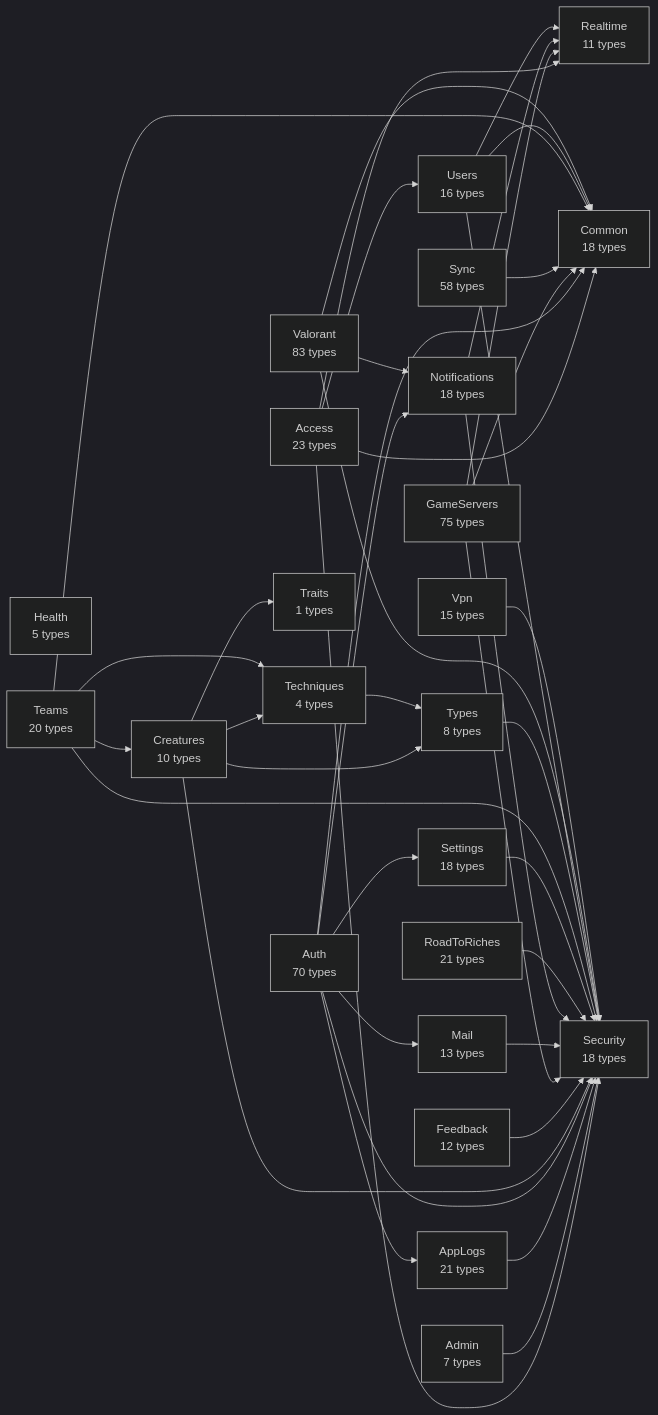
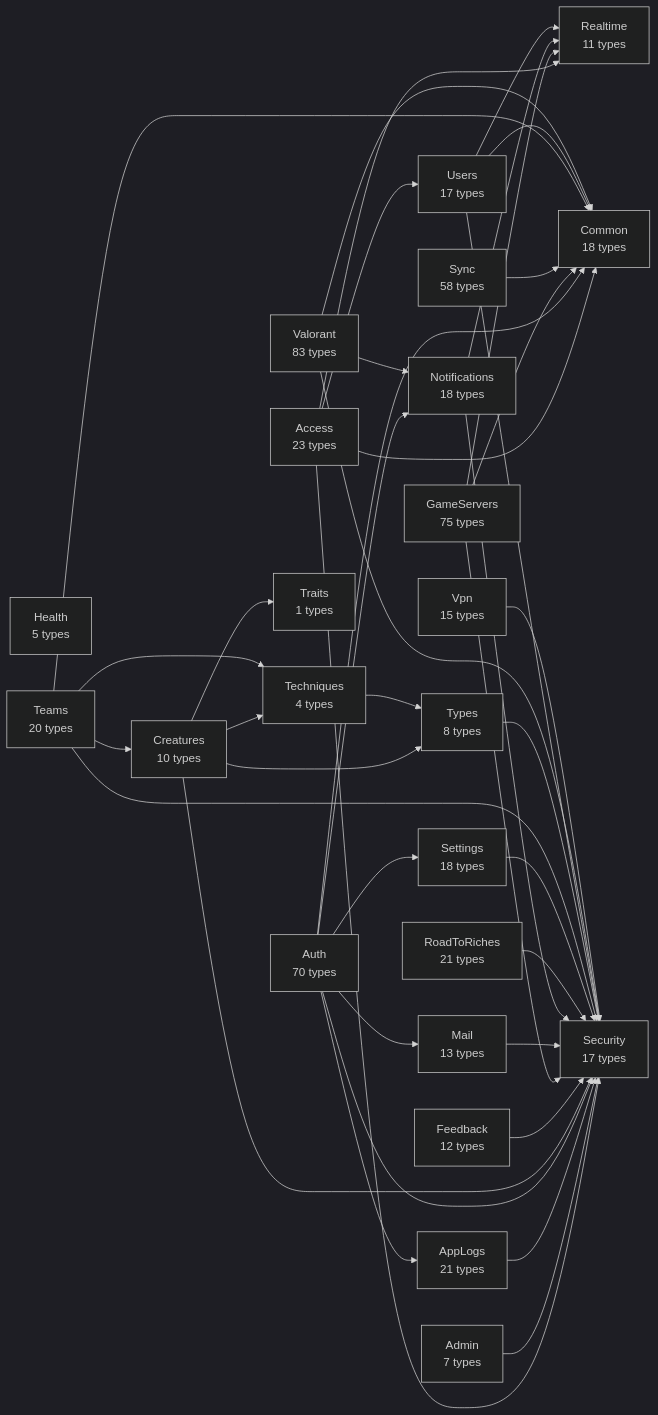
The diagram in api/docs/diagrams/00-modules.md (huiitre/Tools-app), drawn with Mermaid (dark theme) before and after one commit. The commit also changed 22 other files, not shown here.

````diff
--- a/api/docs/diagrams/00-modules.md
+++ b/api/docs/diagrams/00-modules.md
@@ -5,65 +5,65 @@
 ```mermaid
 flowchart LR
   Access["Access<br/>23 types"]
   Admin["Admin<br/>7 types"]
   AppLogs["AppLogs<br/>21 types"]
   Auth["Auth<br/>70 types"]
   Common["Common<br/>18 types"]
   Creatures["Creatures<br/>10 types"]
   Feedback["Feedback<br/>12 types"]
   GameServers["GameServers<br/>75 types"]
   Health["Health<br/>5 types"]
   Mail["Mail<br/>13 types"]
   Notifications["Notifications<br/>18 types"]
   Realtime["Realtime<br/>11 types"]
   RoadToRiches["RoadToRiches<br/>21 types"]
-  Security["Security<br/>18 types"]
+  Security["Security<br/>17 types"]
   Settings["Settings<br/>18 types"]
   Sync["Sync<br/>58 types"]
   Teams["Teams<br/>20 types"]
   Techniques["Techniques<br/>4 types"]
   Traits["Traits<br/>1 types"]
   Types["Types<br/>8 types"]
-  Users["Users<br/>16 types"]
+  Users["Users<br/>17 types"]
   Valorant["Valorant<br/>83 types"]
   Vpn["Vpn<br/>15 types"]
   Access --> Common
   Access --> Realtime
   Access --> Security
   Access --> Users
   Admin --> Security
   AppLogs --> Security
   Auth --> AppLogs
   Auth --> Common
   Auth --> Mail
   Auth --> Notifications
   Auth --> Security
   Auth --> Settings
   Creatures --> Security
   Creatures --> Techniques
   Creatures --> Traits
   Creatures --> Types
   Feedback --> Security
   GameServers --> Common
   GameServers --> Realtime
   GameServers --> Security
   Mail --> Security
   Notifications --> Realtime
   Notifications --> Security
   RoadToRiches --> Security
   Settings --> Security
   Sync --> Common
   Teams --> Common
   Teams --> Creatures
   Teams --> Security
   Teams --> Techniques
   Techniques --> Types
   Types --> Security
   Users --> Common
   Users --> Realtime
   Users --> Security
   Valorant --> Common
   Valorant --> Notifications
   Valorant --> Security
   Vpn --> Security
 ```
````
